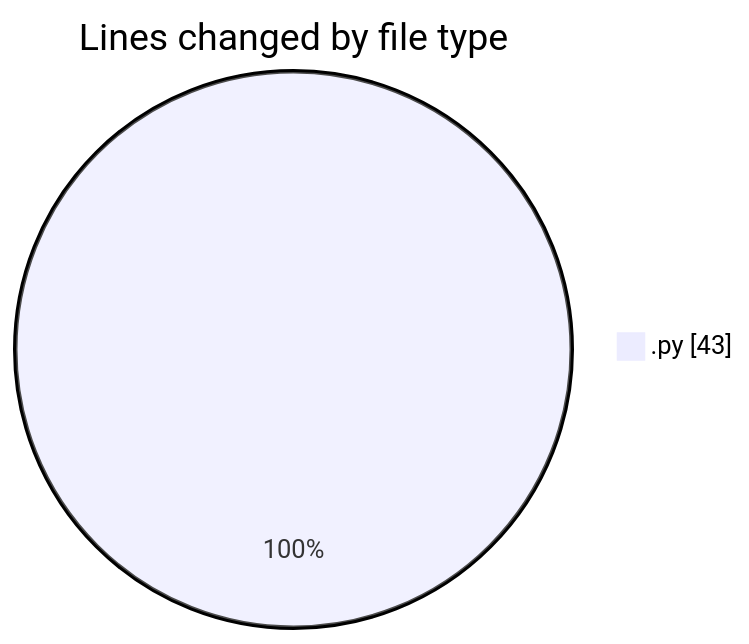
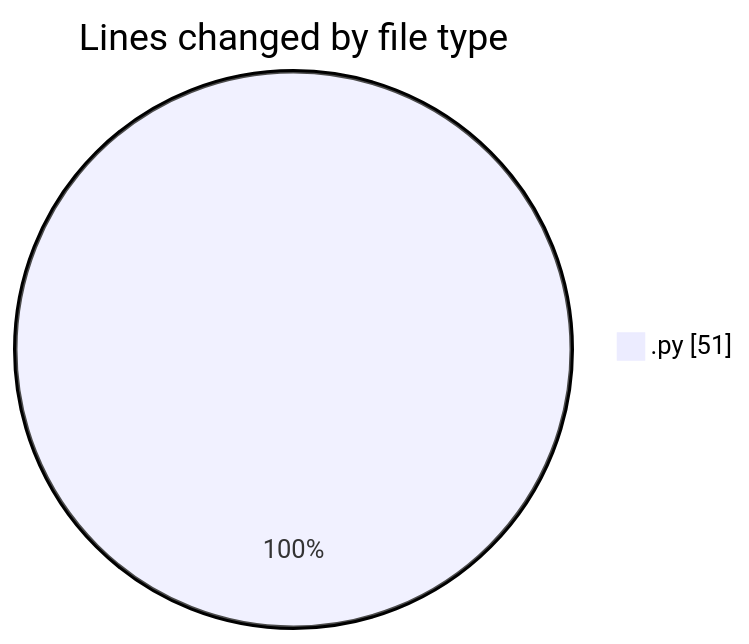
The first of 2 diagrams in 2026-02-22/student_performance_system/README.md (hasnaa123/code-tracking), drawn with Mermaid before and after one commit. The commit also changed other lines of this file and 1 other file, not shown here.

````diff
--- a/2026-02-22/student_performance_system/README.md
+++ b/2026-02-22/student_performance_system/README.md
@@ -20,5 +20,5 @@
 ```mermaid
 pie showData
 title Lines changed by file type
-".py" : 43
+".py" : 51
 ```
````
